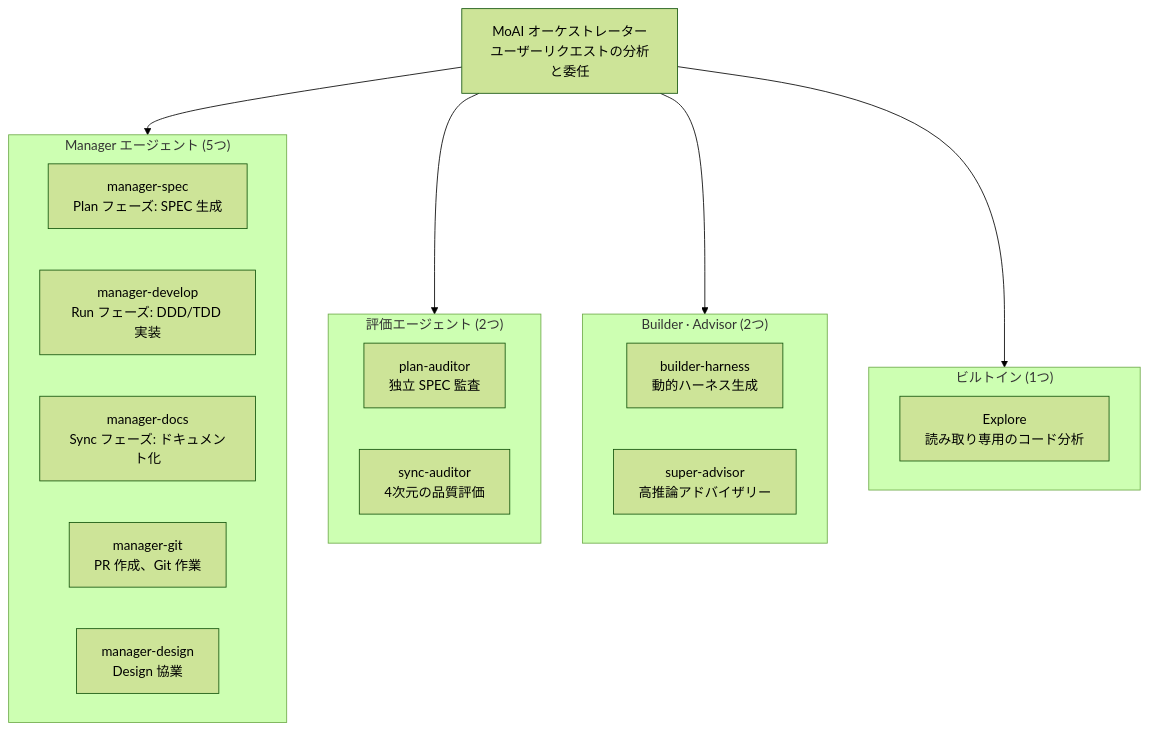
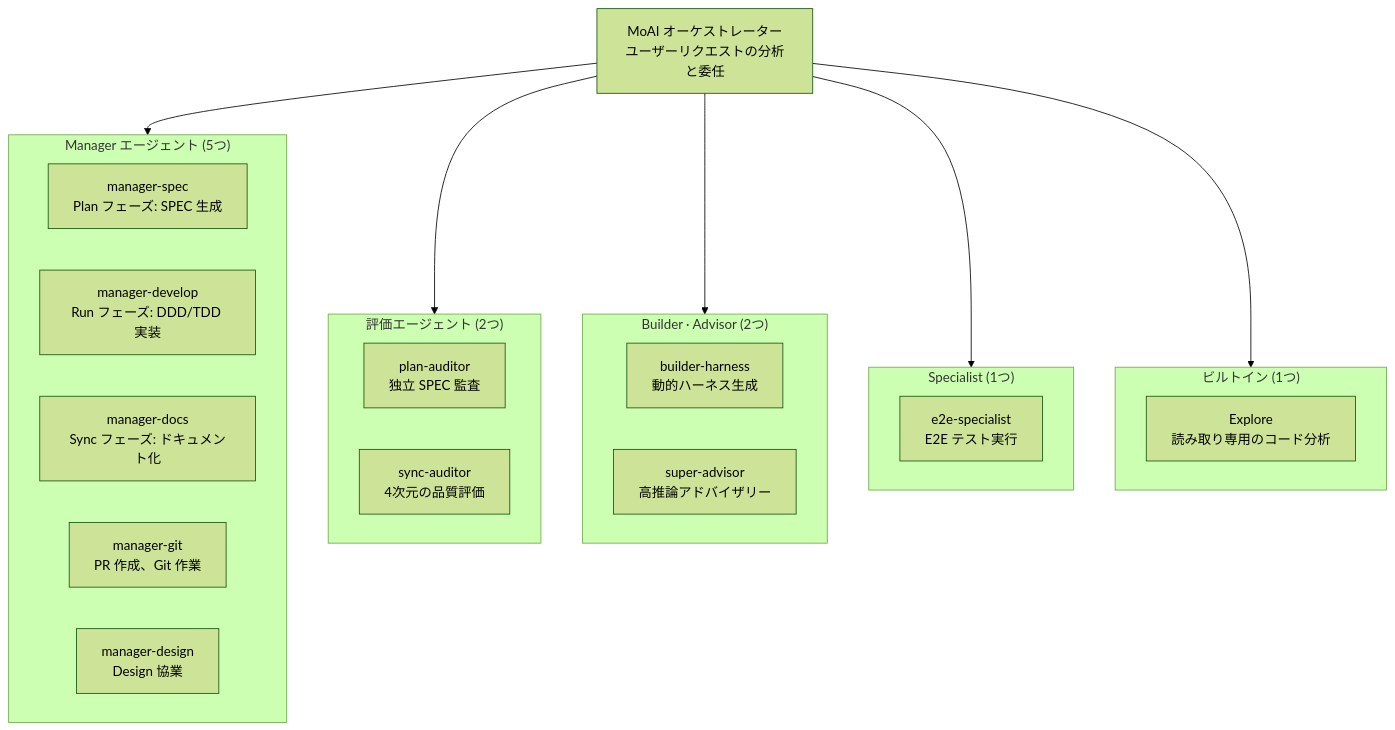
One commit to modu-ai/moai-adk changed the third of 5 diagrams in docs-site/content/ja/core-concepts/what-is-moai-adk.md. Above: the diagram before and after it, drawn with Mermaid (forest theme). The commit also changed other lines of this file and 40 other files, not shown here.

````diff
--- a/docs-site/content/ja/core-concepts/what-is-moai-adk.md
+++ b/docs-site/content/ja/core-concepts/what-is-moai-adk.md
@@ -274,31 +275,36 @@
 ```mermaid
 flowchart TD
     MoAI["MoAI オーケストレーター\nユーザーリクエストの分析と委任"]
 
     subgraph Managers["Manager エージェント (5つ)"]
         M1["manager-spec\nPlan フェーズ: SPEC 生成"]
         M2["manager-develop\nRun フェーズ: DDD/TDD 実装"]
         M3["manager-docs\nSync フェーズ: ドキュメント化"]
         M4["manager-git\nPR 作成、Git 作業"]
         M5["manager-design\nDesign 協業"]
     end
 
     subgraph Evaluators["評価エージェント (2つ)"]
         E1["plan-auditor\n独立 SPEC 監査"]
         E2["sync-auditor\n4次元の品質評価"]
     end
 
     subgraph BuilderAdvisor["Builder · Advisor (2つ)"]
         B1["builder-harness\n動的ハーネス生成"]
         B2["super-advisor\n高推論アドバイザリー"]
     end
 
+    subgraph Specialist["Specialist (1つ)"]
+        S1["e2e-specialist\nE2E テスト実行"]
+    end
+
     subgraph Explore["ビルトイン (1つ)"]
         X1["Explore\n読み取り専用のコード分析"]
     end
 
     MoAI --> Managers
     MoAI --> Evaluators
     MoAI --> BuilderAdvisor
+    MoAI --> Specialist
     MoAI --> Explore
 ```
````
